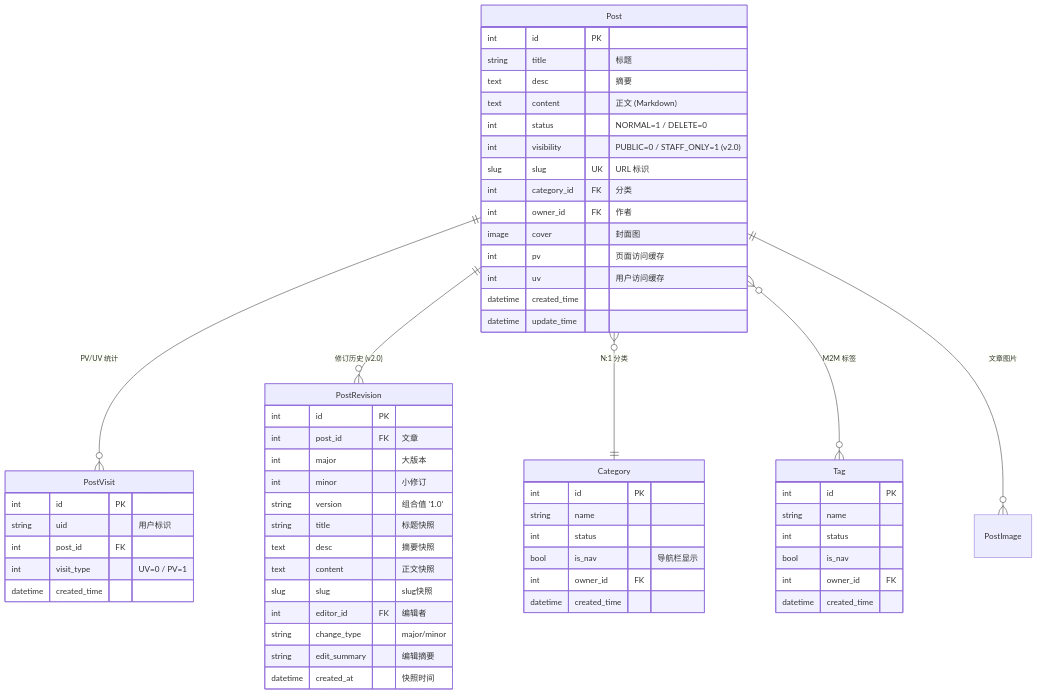
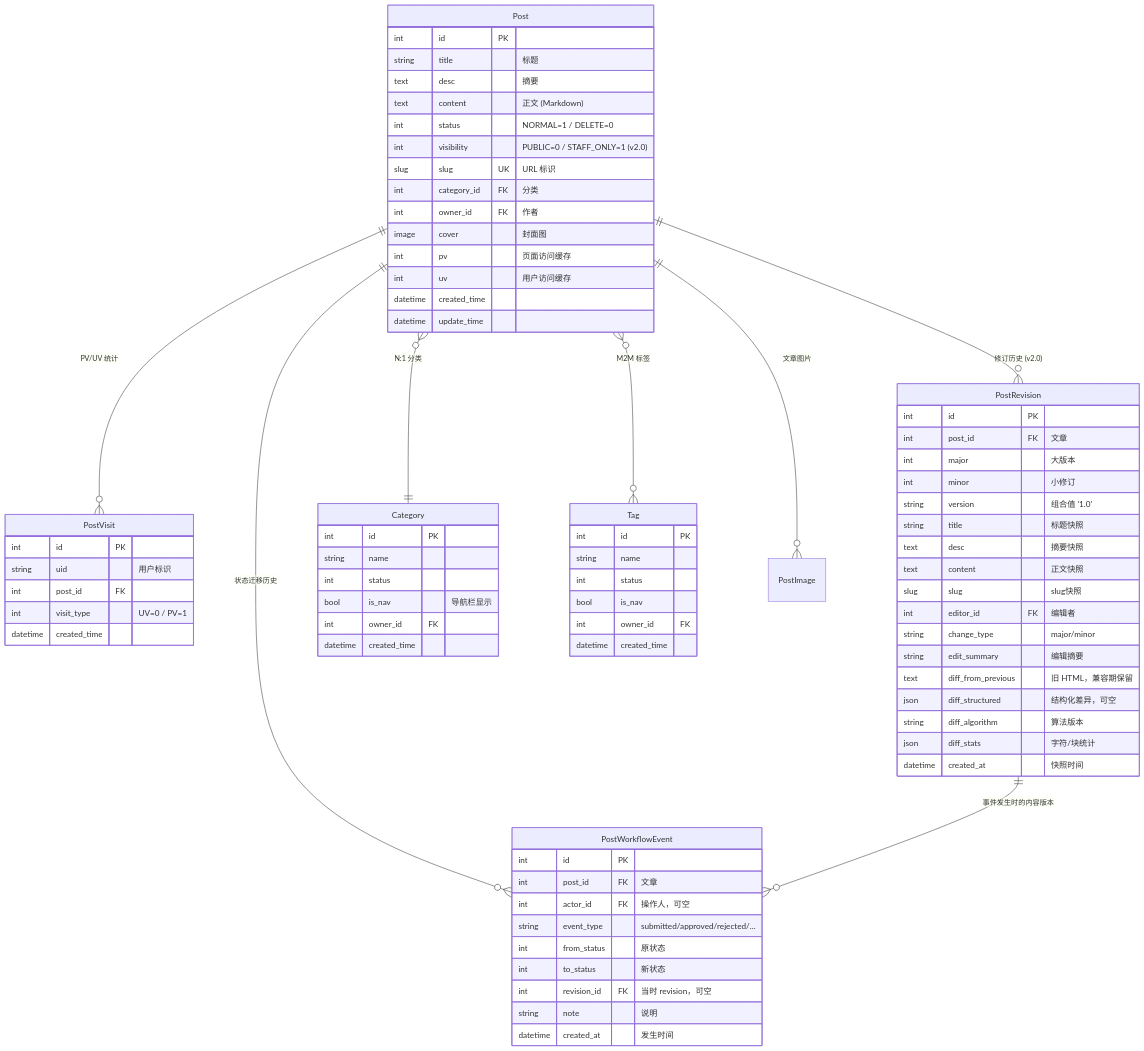
The second of 8 diagrams in Blogs/DEVELOPMENT.md (se-veN714/PowerAdapterBlogs), drawn with Mermaid before and after one commit. The commit also changed other lines of this file and 23 other files, not shown here.

Commit message:
docs: consolidate guides and update v2 roadmap

```diff
--- a/Blogs/DEVELOPMENT.md
+++ b/Blogs/DEVELOPMENT.md
@@ -144,6 +162,8 @@
 erDiagram
     Post ||--o{ PostVisit : "PV/UV 统计"
     Post ||--o{ PostRevision : "修订历史 (v2.0)"
+    Post ||--o{ PostWorkflowEvent : "状态迁移历史"
+    PostRevision ||--o{ PostWorkflowEvent : "事件发生时的内容版本"
     Post }o--|| Category : "N:1 分类"
     Post }o--o{ Tag : "M2M 标签"
     Post ||--o{ PostImage : "文章图片"
@@ -178,7 +198,23 @@
         int editor_id FK "编辑者"
         string change_type "major/minor"
         string edit_summary "编辑摘要"
+        text diff_from_previous "旧 HTML，兼容期保留"
+        json diff_structured "结构化差异，可空"
+        string diff_algorithm "算法版本"
+        json diff_stats "字符/块统计"
         datetime created_at "快照时间"
+    }
+
+    PostWorkflowEvent {
+        int id PK
+        int post_id FK "文章"
+        int actor_id FK "操作人，可空"
+        string event_type "submitted/approved/rejected/..."
+        int from_status "原状态"
+        int to_status "新状态"
+        int revision_id FK "当时 revision，可空"
+        string note "说明"
+        datetime created_at "发生时间"
     }
 
     PostVisit {
```
